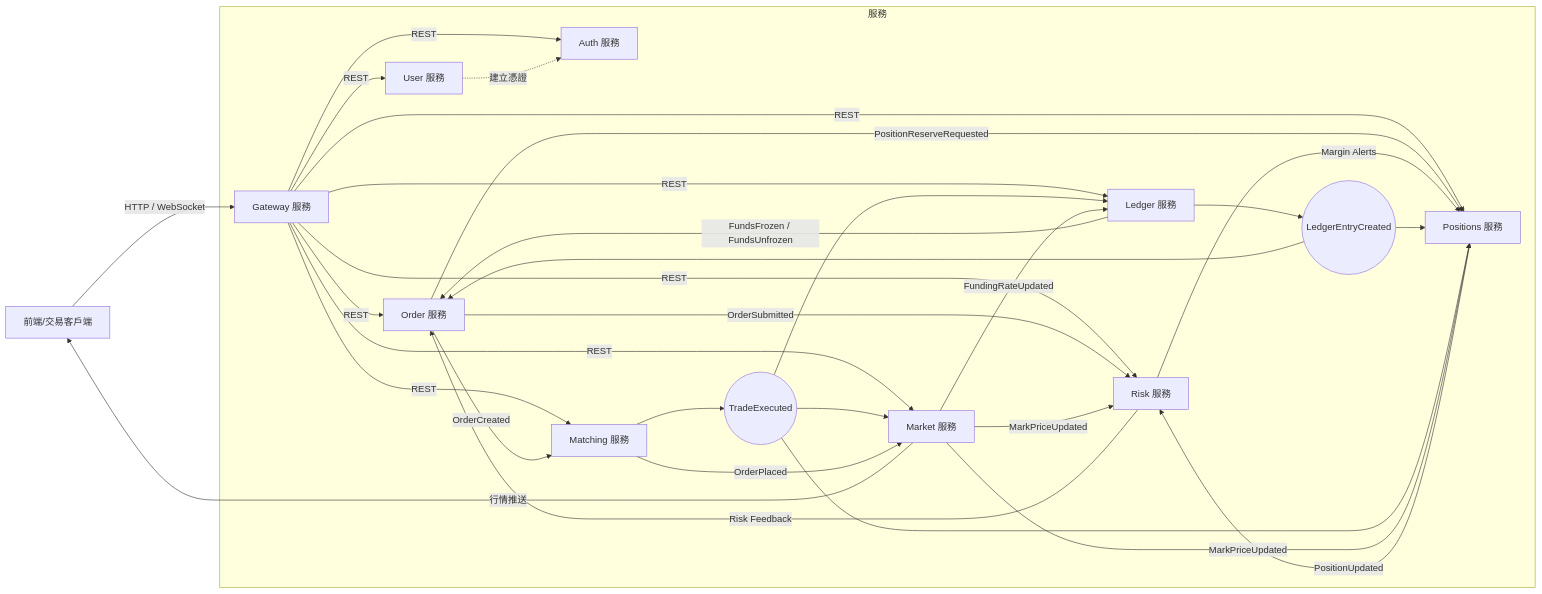
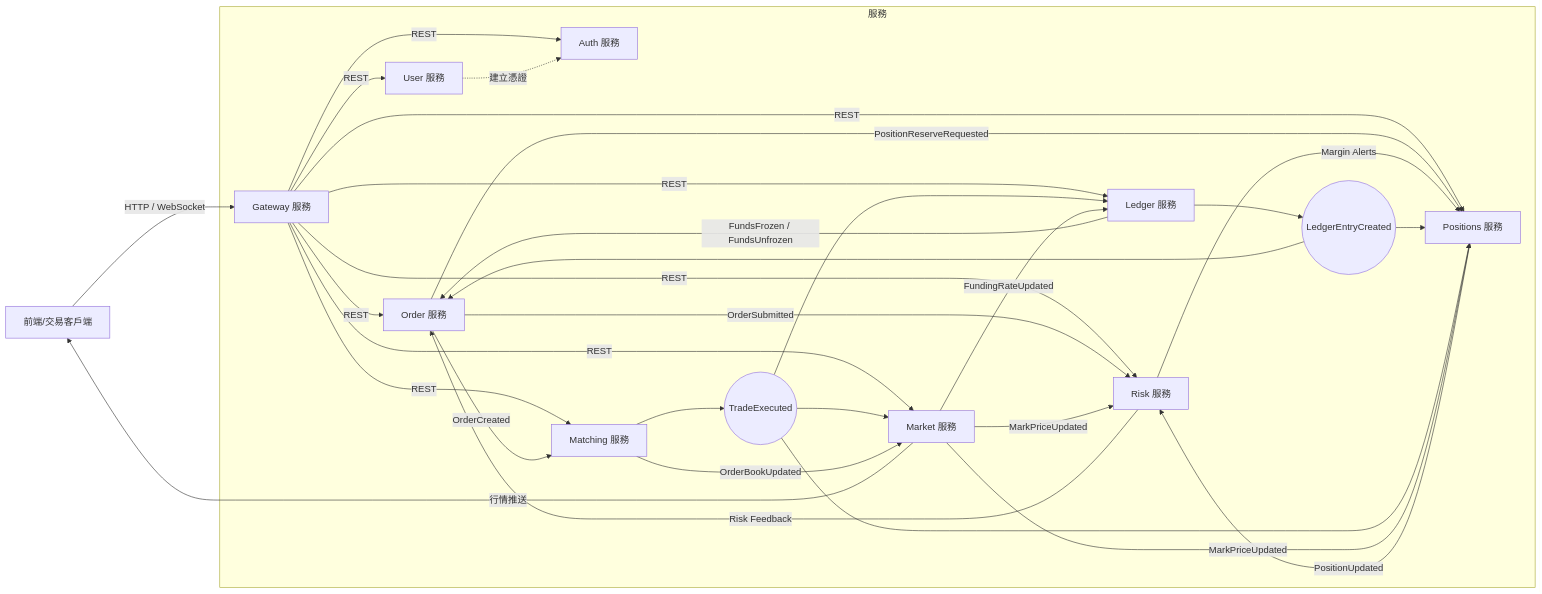
One commit to vincentf13/open.vincentf13 changed the first of 5 diagrams in design/exchange/整體設計.md. Above: the diagram before and after it, drawn with Mermaid. The commit also changed other lines of this file, not shown here.

Commit message:
OrderBookUpdated 事件

````diff
--- a/design/exchange/整體設計.md
+++ b/design/exchange/整體設計.md
@@ -298,57 +298,57 @@
 ```mermaid
 flowchart LR
     Client[前端/交易客戶端]
 
     subgraph Services[服務]
         Gateway[Gateway 服務]
         Auth[Auth 服務]
         User[User 服務]
         OrderSvc[Order 服務]
         RiskSvc[Risk 服務]
         LedgerSvc[Ledger 服務]
         PositionsSvc[Positions 服務]
         MarketSvc[Market 服務]
         MatchingSvc[Matching 服務]
 
         %% 事件節點
         LedgerEntryEvt((LedgerEntryCreated))
         TradeExecutedEvt((TradeExecuted))
     end
 
     Client -->|HTTP / WebSocket| Gateway
     Gateway -->|REST| Auth
     Gateway -->|REST| User
     Gateway -->|REST| OrderSvc
     Gateway -->|REST| RiskSvc
     Gateway -->|REST| LedgerSvc
     Gateway -->|REST| PositionsSvc
     Gateway -->|REST| MarketSvc
     Gateway -->|REST| MatchingSvc
     User -.->|建立憑證| Auth
 
     OrderSvc -- OrderSubmitted --> RiskSvc
     OrderSvc -- PositionReserveRequested --> PositionsSvc
     OrderSvc -- OrderCreated --> MatchingSvc
 
     RiskSvc -- Risk Feedback --> OrderSvc
     RiskSvc -- Margin Alerts --> PositionsSvc
 
     LedgerSvc --> LedgerEntryEvt
     LedgerEntryEvt --> OrderSvc
     LedgerEntryEvt --> PositionsSvc
     LedgerSvc -- FundsFrozen / FundsUnfrozen --> OrderSvc
 
     MatchingSvc --> TradeExecutedEvt
     TradeExecutedEvt --> MarketSvc
     TradeExecutedEvt --> LedgerSvc
     TradeExecutedEvt --> PositionsSvc
-    MatchingSvc -- OrderPlaced --> MarketSvc
+    MatchingSvc -- OrderBookUpdated --> MarketSvc
 
     PositionsSvc -- PositionUpdated --> RiskSvc
 
     MarketSvc -- MarkPriceUpdated --> RiskSvc
     MarketSvc -- MarkPriceUpdated --> PositionsSvc
     MarketSvc -- FundingRateUpdated --> LedgerSvc
 
     MarketSvc -->|行情推送| Client
 ```
````
